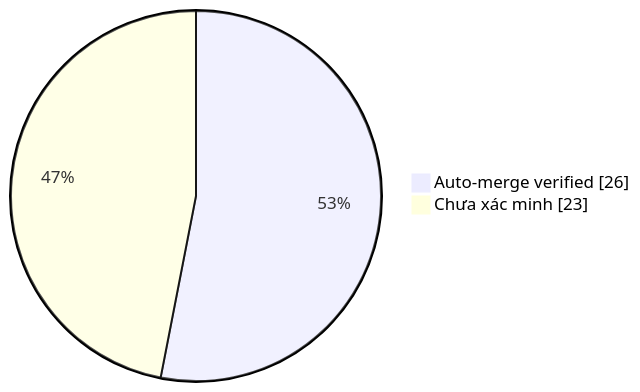
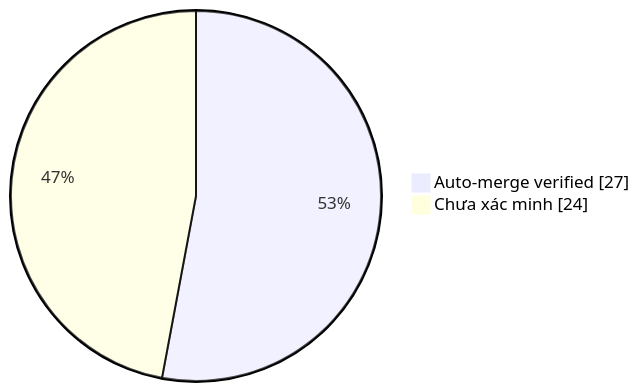
One commit to duykhang68/tetdinhmuiblog changed the diagram in collector.md. Above: the diagram before and after it, drawn with Mermaid. The commit also changed other lines of this file and 1 other file, not shown here.

Commit message:
docs(collector): update auto-merge evidence dashboard

````diff
--- a/collector.md
+++ b/collector.md
@@ -22,5 +22,5 @@
 ```mermaid
 pie showData
-    "Auto-merge verified" : 26
-    "Chưa xác minh" : 23
+    "Auto-merge verified" : 27
+    "Chưa xác minh" : 24
 ```
````
